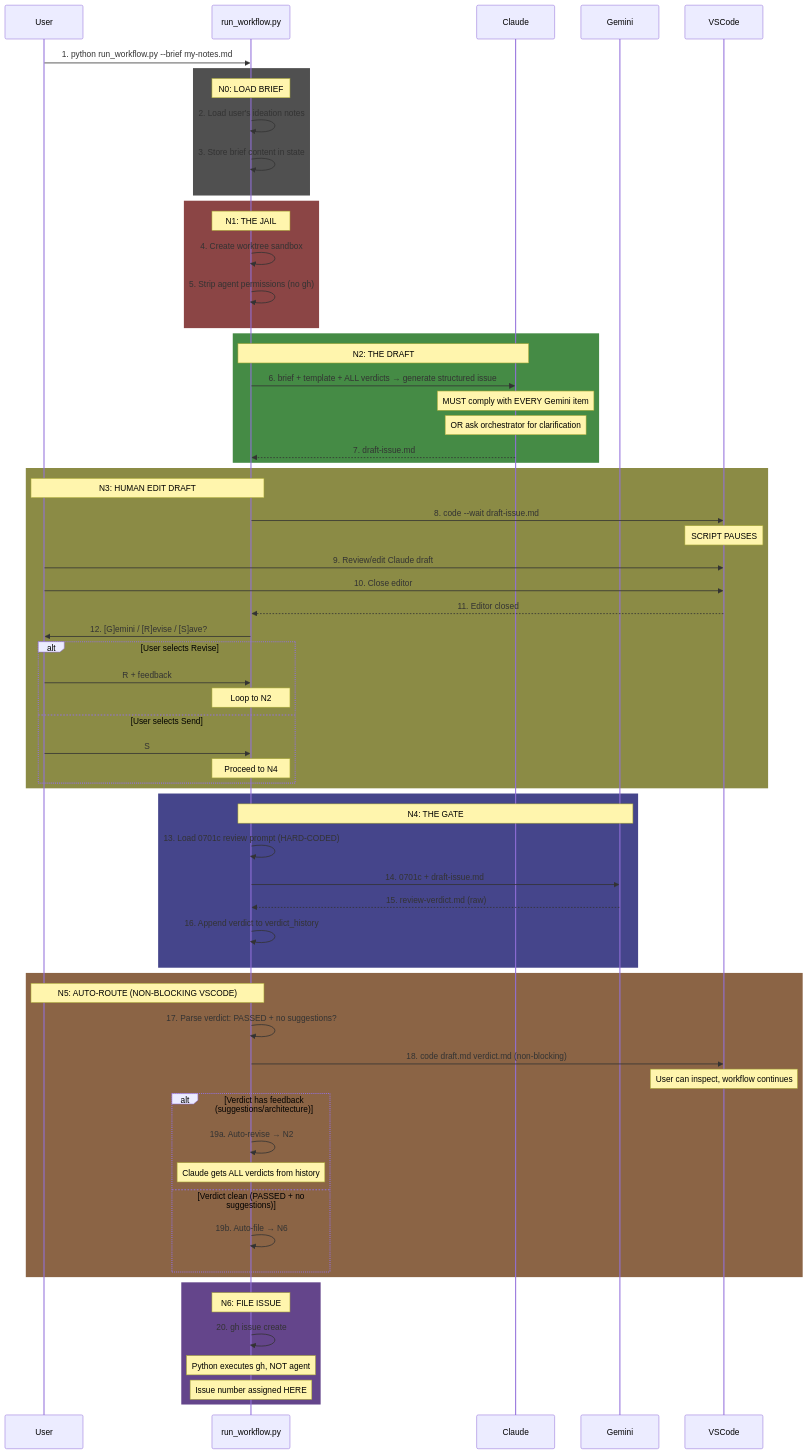
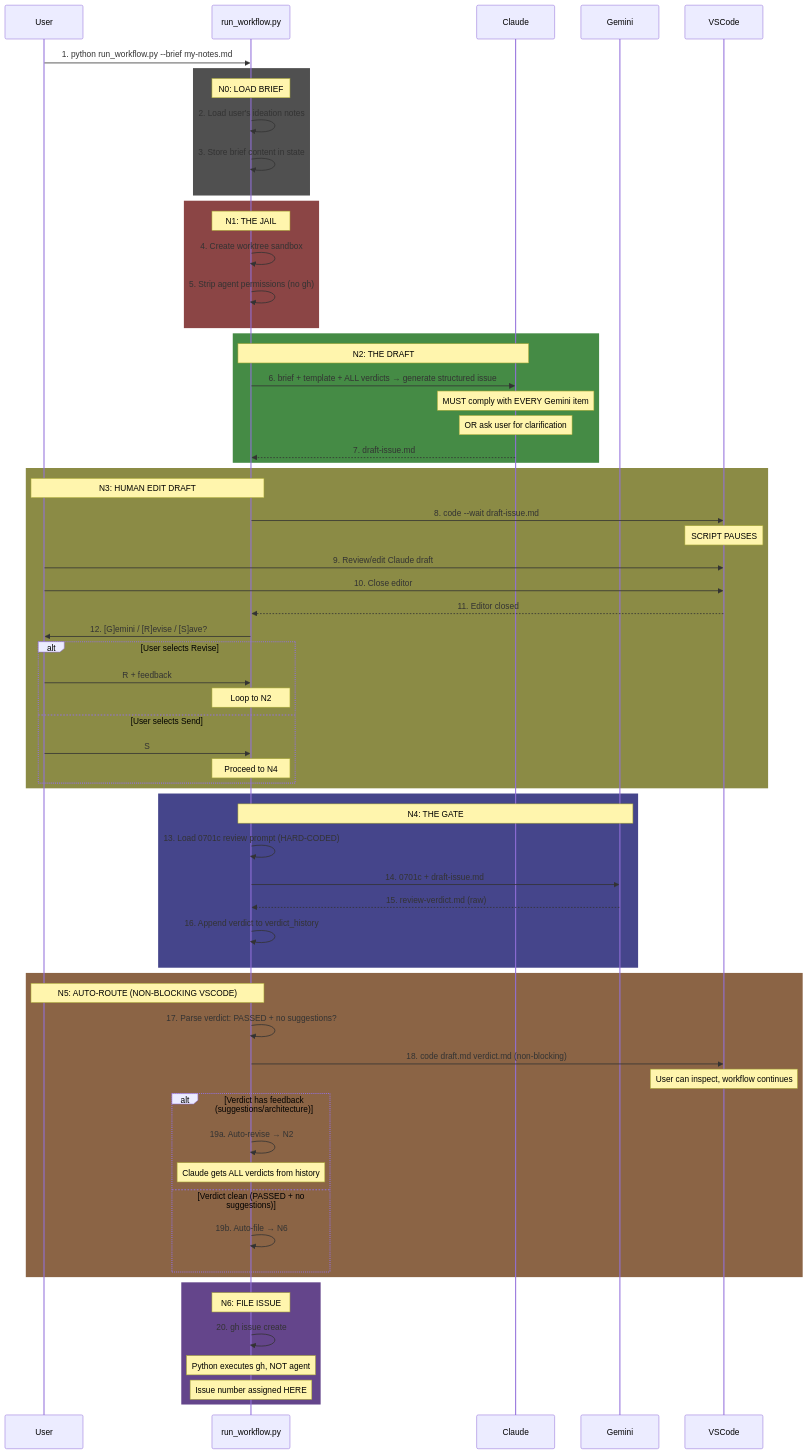
Before and after one commit to martymcenroe/AssemblyZero: the second of 2 diagrams in docs/runbooks/0904-issue-governance-workflow.md, drawn with Mermaid. The commit also changed other lines of this file and 23 other files, not shown here.

````diff
--- a/docs/runbooks/0904-issue-governance-workflow.md
+++ b/docs/runbooks/0904-issue-governance-workflow.md
@@ -59,75 +59,75 @@
 ```mermaid
 sequenceDiagram
     participant User
     participant Python as run_workflow.py
     participant Claude
     participant Gemini
     participant VSCode
 
     User->>Python: 1. python run_workflow.py --brief my-notes.md
 
     rect rgb(80, 80, 80)
         Note over Python: N0: LOAD BRIEF
         Python->>Python: 2. Load user's ideation notes
         Python->>Python: 3. Store brief content in state
     end
 
     rect rgb(139, 69, 69)
         Note over Python: N1: THE JAIL
         Python->>Python: 4. Create worktree sandbox
         Python->>Python: 5. Strip agent permissions (no gh)
     end
 
     rect rgb(69, 139, 69)
         Note over Python,Claude: N2: THE DRAFT
         Python->>Claude: 6. brief + template + ALL verdicts → generate structured issue
         Note over Claude: MUST comply with EVERY Gemini item
-        Note over Claude: OR ask orchestrator for clarification
+        Note over Claude: OR ask user for clarification
         Claude-->>Python: 7. draft-issue.md
     end
 
     rect rgb(139, 139, 69)
         Note over Python,User: N3: HUMAN EDIT DRAFT
         Python->>VSCode: 8. code --wait draft-issue.md
         Note over VSCode: SCRIPT PAUSES
         User->>VSCode: 9. Review/edit Claude draft
         User->>VSCode: 10. Close editor
         VSCode-->>Python: 11. Editor closed
         Python->>User: 12. [G]emini / [R]evise / [S]ave?
         alt User selects Revise
             User->>Python: R + feedback
             Note over Python: Loop to N2
         else User selects Send
             User->>Python: S
             Note over Python: Proceed to N4
         end
     end
 
     rect rgb(69, 69, 139)
         Note over Python,Gemini: N4: THE GATE
         Python->>Python: 13. Load 0701c review prompt (HARD-CODED)
         Python->>Gemini: 14. 0701c + draft-issue.md
         Gemini-->>Python: 15. review-verdict.md (raw)
         Python->>Python: 16. Append verdict to verdict_history
     end
 
     rect rgb(139, 100, 69)
         Note over Python,User: N5: AUTO-ROUTE (NON-BLOCKING VSCODE)
         Python->>Python: 17. Parse verdict: PASSED + no suggestions?
         Python->>VSCode: 18. code draft.md verdict.md (non-blocking)
         Note over VSCode: User can inspect, workflow continues
         alt Verdict has feedback (suggestions/architecture)
             Python->>Python: 19a. Auto-revise → N2
             Note over Python: Claude gets ALL verdicts from history
         else Verdict clean (PASSED + no suggestions)
             Python->>Python: 19b. Auto-file → N6
         end
     end
 
     rect rgb(100, 69, 139)
         Note over Python: N6: FILE ISSUE
         Python->>Python: 20. gh issue create
         Note over Python: Python executes gh, NOT agent
         Note over Python: Issue number assigned HERE
     end
 ```
````
